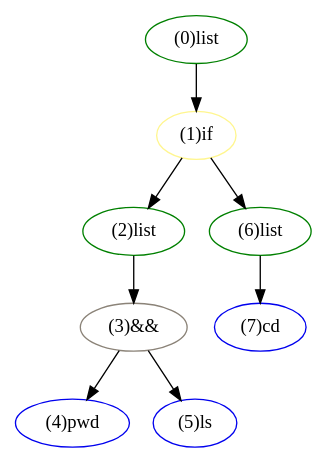
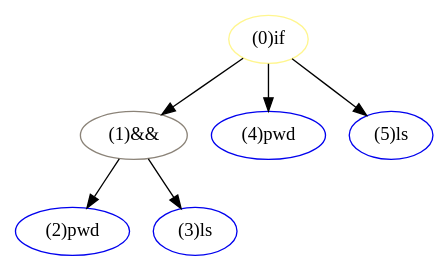
Before and after one commit to Jonathan2021/Shell: the diagram in src/lexer/output.gv, drawn with Graphviz. The commit also changed 5 other files, not shown here.

```diff
--- a/src/lexer/output.gv
+++ b/src/lexer/output.gv
@@ -1,23 +1,18 @@
 digraph G {
-"(1)if"[color=khaki1]
-"(0)list"[color=green]
-"(0)list" -> "(1)if"
-"(2)list"[color=green]
-"(1)if"[color=khaki1]
-"(1)if" -> "(2)list"
-"(3)&&"[color=antiquewhite4]
-"(2)list"[color=green]
-"(2)list" -> "(3)&&"
+"(0)if"[color=khaki1]
+"(1)&&"[color=antiquewhite4]
+"(0)if" -> "(1)&&"
+"(1)&&"[color=antiquewhite4]
+"(2)pwd"[color=blue2]
+"(1)&&" -> "(2)pwd"
+"(2)pwd"[color=blue2]
+"(3)ls"[color=blue2]
+"(1)&&" -> "(3)ls"
+"(3)ls"[color=blue2]
 "(4)pwd"[color=blue2]
-"(3)&&"[color=antiquewhite4]
-"(3)&&" -> "(4)pwd"
+"(0)if" -> "(4)pwd"
+"(4)pwd"[color=blue2]
 "(5)ls"[color=blue2]
-"(3)&&"[color=antiquewhite4]
-"(3)&&" -> "(5)ls"
-"(6)list"[color=green]
-"(1)if"[color=khaki1]
-"(1)if" -> "(6)list"
-"(7)cd"[color=blue2]
-"(6)list"[color=green]
-"(6)list" -> "(7)cd"
+"(0)if" -> "(5)ls"
+"(5)ls"[color=blue2]
 }
```
